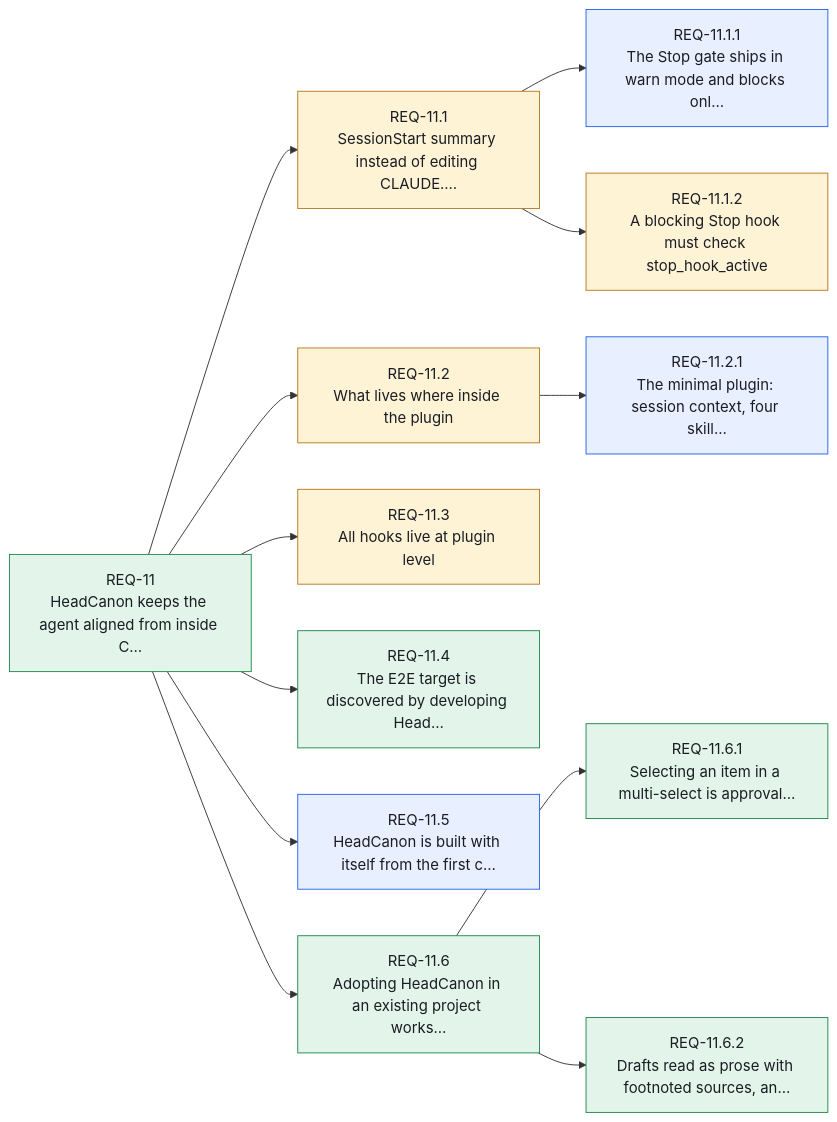
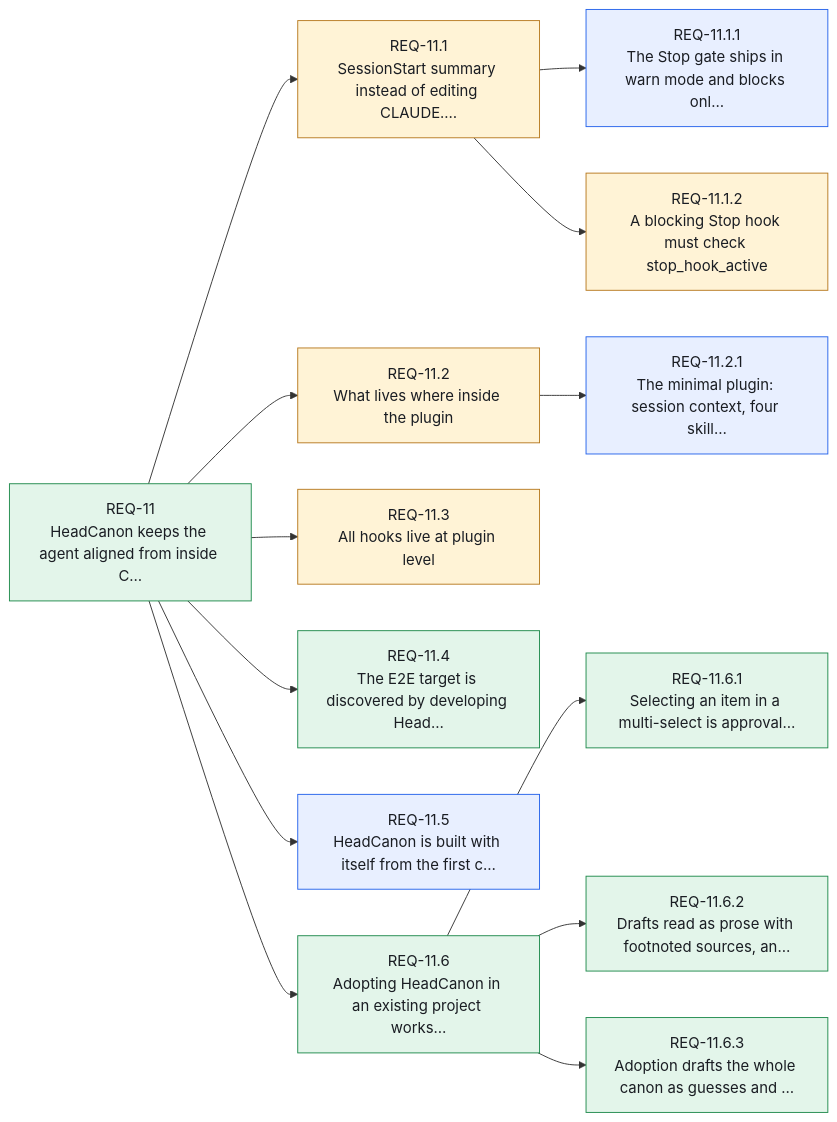
One commit to Althis/headcanon changed diagram 12 of 14 in canon/INDEX.md. Above: the diagram before and after it, drawn with Mermaid. The commit also changed other lines of this file and 14 other files, not shown here.

````diff
--- a/canon/INDEX.md
+++ b/canon/INDEX.md
@@ -527,31 +543,33 @@
 ```mermaid
 flowchart LR
     REQ_11["REQ-11<br/>HeadCanon keeps the agent aligned from inside C…"]:::stated
     REQ_11_1["REQ-11.1<br/>SessionStart summary instead of editing CLAUDE.…"]:::assumed
     REQ_11_1_1["REQ-11.1.1<br/>The Stop gate ships in warn mode and blocks onl…"]:::resolved
     REQ_11_1_2["REQ-11.1.2<br/>A blocking Stop hook must check stop_hook_active"]:::assumed
     REQ_11_2["REQ-11.2<br/>What lives where inside the plugin"]:::assumed
     REQ_11_2_1["REQ-11.2.1<br/>The minimal plugin: session context, four skill…"]:::resolved
     REQ_11_3["REQ-11.3<br/>All hooks live at plugin level"]:::assumed
     REQ_11_4["REQ-11.4<br/>The E2E target is discovered by developing Head…"]:::stated
     REQ_11_5["REQ-11.5<br/>HeadCanon is built with itself from the first c…"]:::resolved
     REQ_11_6["REQ-11.6<br/>Adopting HeadCanon in an existing project works…"]:::stated
     REQ_11_6_1["REQ-11.6.1<br/>Selecting an item in a multi-select is approval…"]:::stated
     REQ_11_6_2["REQ-11.6.2<br/>Drafts read as prose with footnoted sources, an…"]:::stated
+    REQ_11_6_3["REQ-11.6.3<br/>Adoption drafts the whole canon as guesses and …"]:::stated
     REQ_11 --> REQ_11_1
     REQ_11_1 --> REQ_11_1_1
     REQ_11_1 --> REQ_11_1_2
     REQ_11 --> REQ_11_2
     REQ_11_2 --> REQ_11_2_1
     REQ_11 --> REQ_11_3
     REQ_11 --> REQ_11_4
     REQ_11 --> REQ_11_5
     REQ_11 --> REQ_11_6
     REQ_11_6 --> REQ_11_6_1
     REQ_11_6 --> REQ_11_6_2
+    REQ_11_6 --> REQ_11_6_3
     classDef stated fill:#e3f5ea,stroke:#1f8a4c,color:#1a1d23
     classDef resolved fill:#e8efff,stroke:#2563eb,color:#1a1d23
     classDef assumed fill:#fff3d6,stroke:#b7791f,color:#1a1d23
     classDef open fill:#ece9fb,stroke:#6b5bd2,color:#1a1d23
     classDef contested fill:#fde7e8,stroke:#d13438,color:#1a1d23
 ```
````
